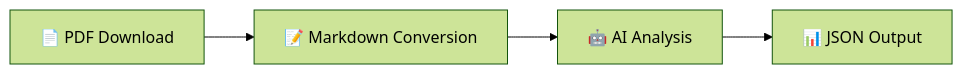
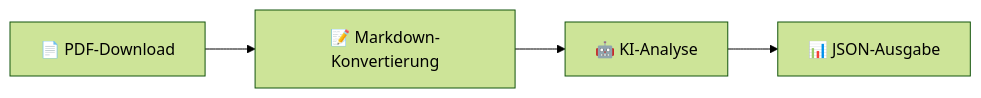
One commit to rmoriz/rubot changed the diagram in README.md. Above: the diagram before and after it, drawn with Mermaid (forest theme). The commit also changed other lines of this file and 1 other file, not shown here.

````diff
--- a/README.md
+++ b/README.md
@@ -26,6 +28,6 @@
 ```mermaid
 graph LR
-    A[📄 PDF Download] --> B[📝 Markdown Conversion]
-    B --> C[🤖 AI Analysis]
-    C --> D[📊 JSON Output]
+    A[📄 PDF-Download] --> B[📝 Markdown-Konvertierung]
+    B --> C[🤖 KI-Analyse]
+    C --> D[📊 JSON-Ausgabe]
 ```
````
